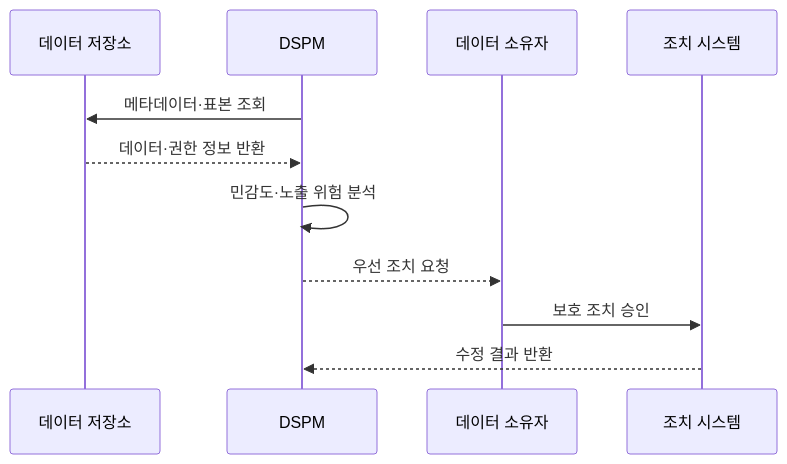
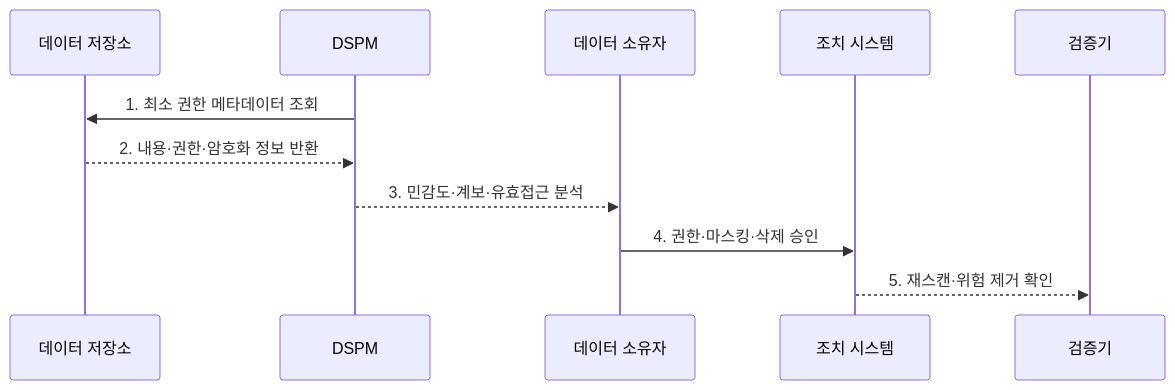
Before and after one commit to agnusdei1207/knowledge-base: the second of 2 diagrams in src/content/docs/notes/05-security/074_dspm.md, drawn with Mermaid. The commit also changed other lines of this file and 8 other files, not shown here.

````diff
--- a/src/content/docs/notes/05-security/074_dspm.md
+++ b/src/content/docs/notes/05-security/074_dspm.md
@@ -86,13 +85,13 @@
 ```mermaid
 sequenceDiagram
     participant S as 데이터 저장소
     participant D as DSPM
     participant O as 데이터 소유자
     participant C as 조치 시스템
-    D->>S: 메타데이터·표본 조회
-    S-->>D: 데이터·권한 정보 반환
-    D->>D: 민감도·노출 위험 분석
-    D-->>O: 우선 조치 요청
-    O->>C: 보호 조치 승인
-    C-->>D: 수정 결과 반환
+    participant 검증기
+    D->>S: 1. 최소 권한 메타데이터 조회
+    S-->>D: 2. 내용·권한·암호화 정보 반환
+    D-->>O: 3. 민감도·계보·유효접근 분석
+    O->>C: 4. 권한·마스킹·삭제 승인
+    C-->>검증기: 5. 재스캔·위험 제거 확인
 ```
````
